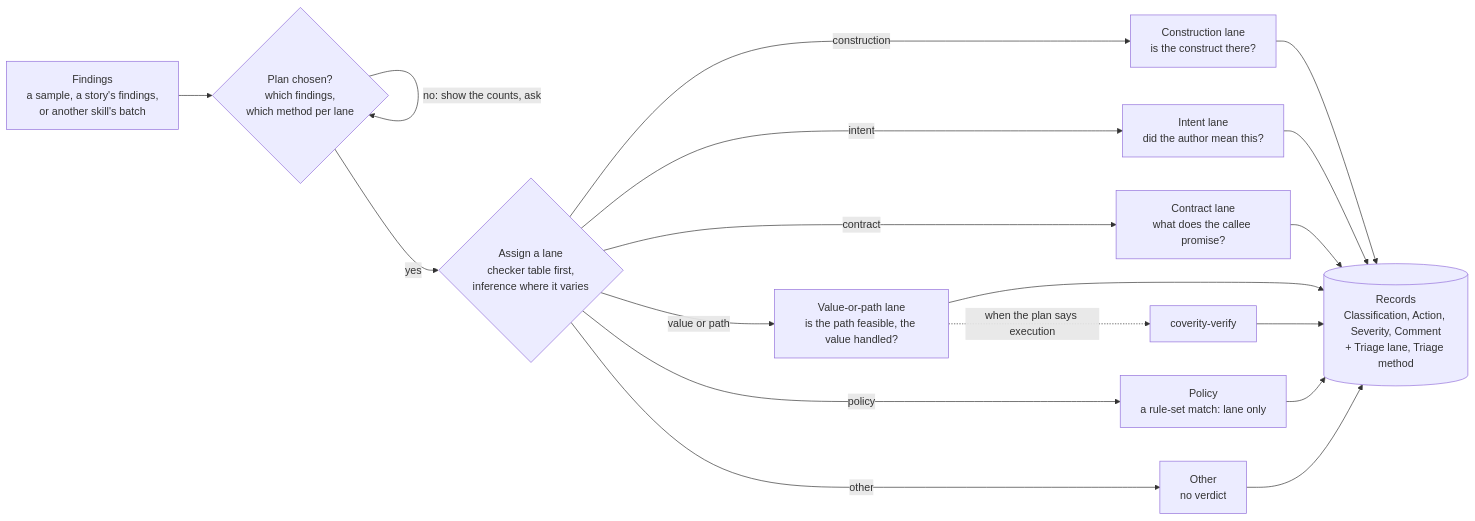
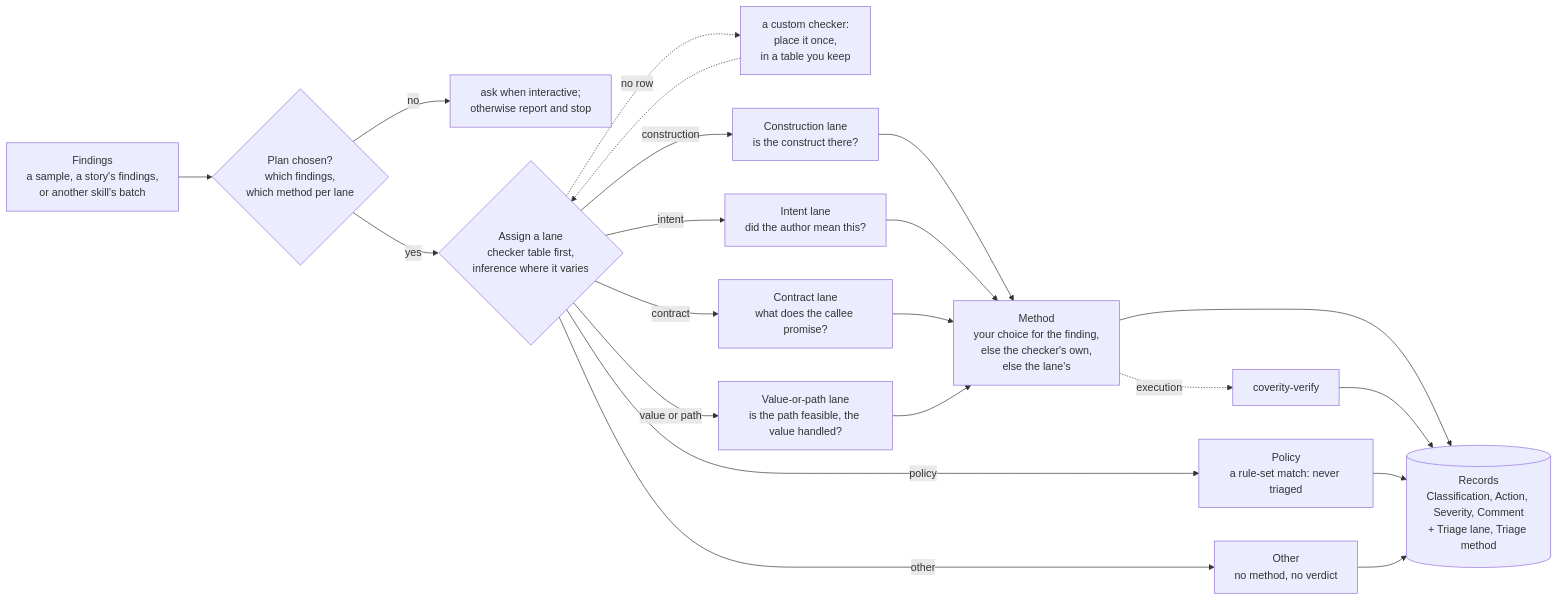
Before and after one commit to edtice-goog/CoveritySkills: the third of 7 diagrams in USE-CASES.md, drawn with Mermaid. The commit also changed other lines of this file and 1 other file, not shown here.

First line of the commit message:
USE-CASES, README: methods by checker in triage, two routes in verify

````diff
--- a/USE-CASES.md
+++ b/USE-CASES.md
@@ -79,15 +79,18 @@
 ```mermaid
 flowchart LR
     IN["Findings<br/>a sample, a story's findings,<br/>or another skill's batch"] --> P{"Plan chosen?<br/>which findings,<br/>which method per lane"}
-    P -->|"no: show the counts, ask"| P
+    P -->|"no"| Q["ask when interactive;<br/>otherwise report and stop"]
     P -->|"yes"| A{"Assign a lane<br/>checker table first,<br/>inference where it varies"}
+    A -.->|"no row"| PC["a custom checker:<br/>place it once,<br/>in a table you keep"]
+    PC -.-> A
     A -->|"construction"| L1["Construction lane<br/>is the construct there?"]
     A -->|"intent"| LI["Intent lane<br/>did the author mean this?"]
     A -->|"contract"| L2["Contract lane<br/>what does the callee promise?"]
     A -->|"value or path"| L3["Value-or-path lane<br/>is the path feasible, the value handled?"]
-    A -->|"policy"| PO["Policy<br/>a rule-set match: lane only"]
-    A -->|"other"| O["Other<br/>no verdict"]
-    L3 -.->|"when the plan says execution"| VE["coverity-verify"]
-    L1 & LI & L2 & L3 & VE --> R[("Records<br/>Classification, Action, Severity, Comment<br/>+ Triage lane, Triage method")]
+    A -->|"policy"| PO["Policy<br/>a rule-set match: never triaged"]
+    A -->|"other"| O["Other<br/>no method, no verdict"]
+    L1 & LI & L2 & L3 --> M["Method<br/>your choice for the finding,<br/>else the checker's own,<br/>else the lane's"]
+    M -.->|"execution"| VE["coverity-verify"]
+    M & VE --> R[("Records<br/>Classification, Action, Severity, Comment<br/>+ Triage lane, Triage method")]
     PO & O --> R
 ```
````
